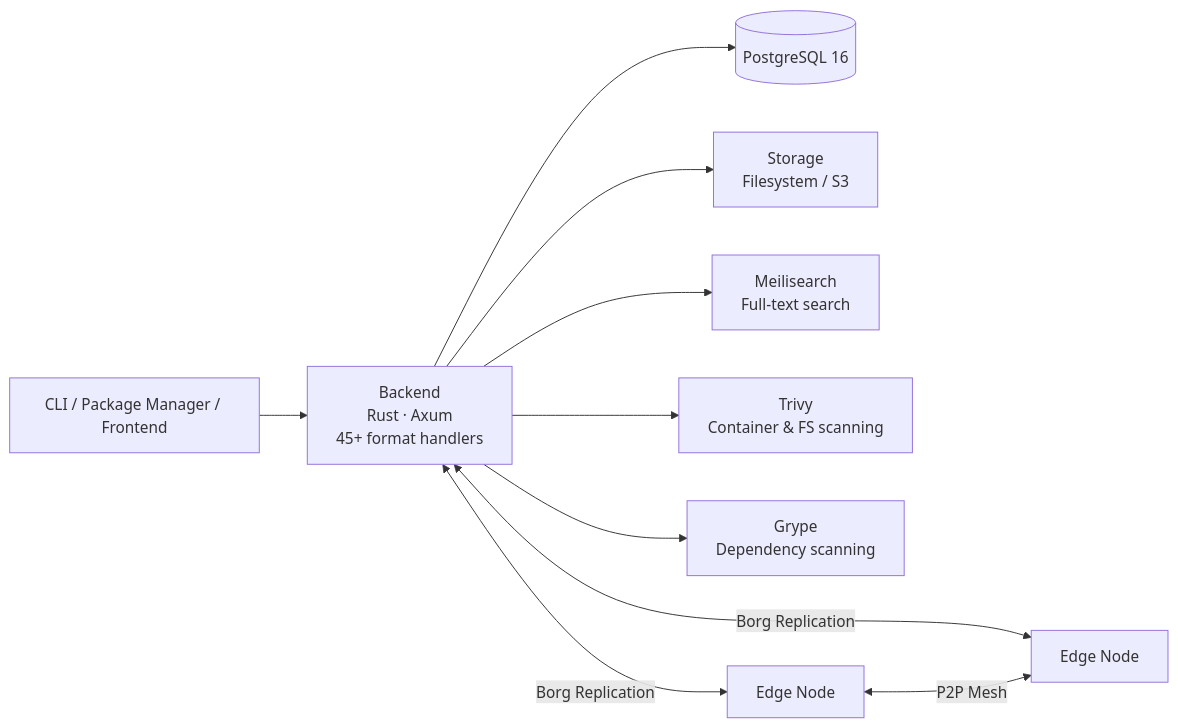
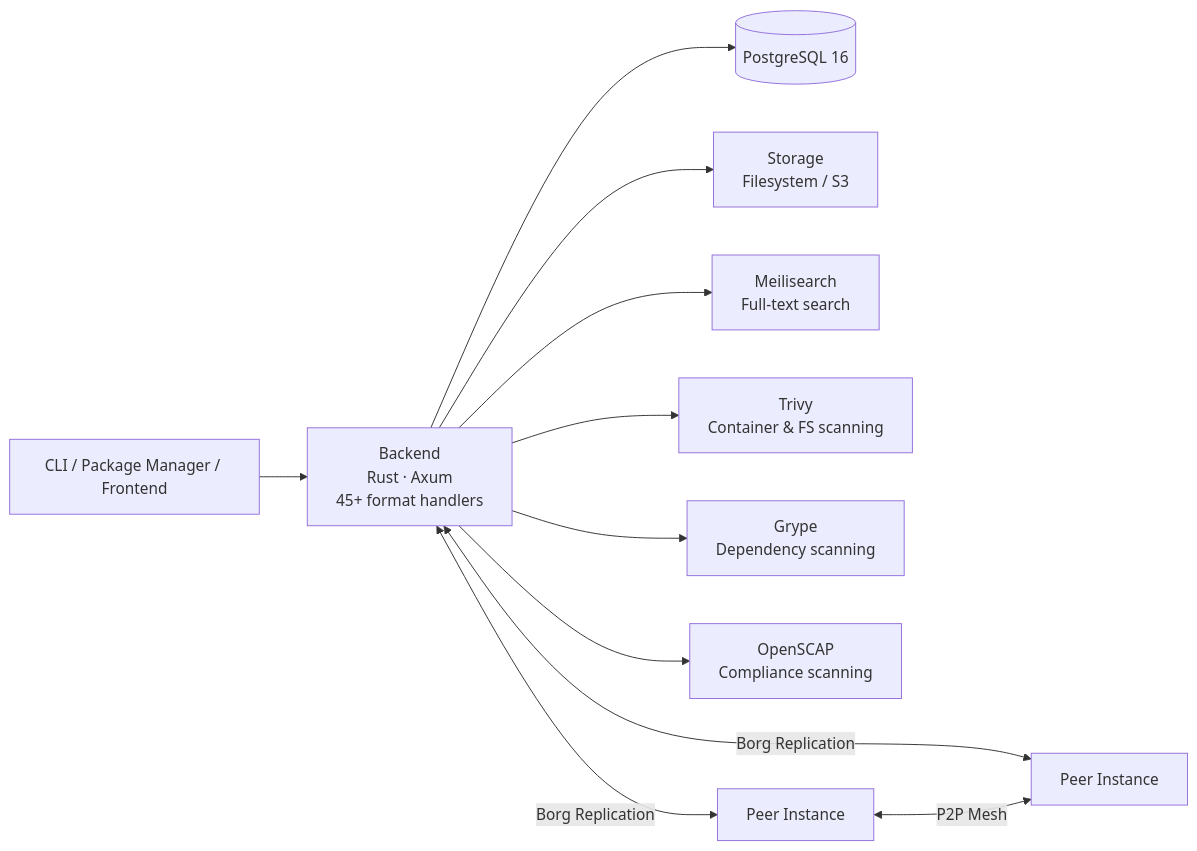
One commit to artifact-keeper/artifact-keeper changed the first of 4 diagrams in README.md. Above: the diagram before and after it, drawn with Mermaid. The commit also changed other lines of this file and 7 other files, not shown here.

First line of the commit message:
docs: Replace edge node terminology with peer replication model

````diff
--- a/README.md
+++ b/README.md
@@ -25,22 +25,24 @@
 ```mermaid
 graph LR
     Client["CLI / Package Manager / Frontend"]
-    Backend["Backend\nRust · Axum\n45+ format handlers"]
+    Backend["Backend<br/>Rust · Axum<br/>45+ format handlers"]
     DB[(PostgreSQL 16)]
-    Storage["Storage\nFilesystem / S3"]
-    Meili["Meilisearch\nFull-text search"]
-    Trivy["Trivy\nContainer & FS scanning"]
-    Grype["Grype\nDependency scanning"]
-    Edge1["Edge Node"]
-    Edge2["Edge Node"]
+    Storage["Storage<br/>Filesystem / S3"]
+    Meili["Meilisearch<br/>Full-text search"]
+    Trivy["Trivy<br/>Container & FS scanning"]
+    Grype["Grype<br/>Dependency scanning"]
+    OpenSCAP["OpenSCAP<br/>Compliance scanning"]
+    Peer1["Peer Instance"]
+    Peer2["Peer Instance"]
 
     Client --> Backend
     Backend --> DB
     Backend --> Storage
     Backend --> Meili
     Backend --> Trivy
     Backend --> Grype
-    Backend <-->|Borg Replication| Edge1
-    Backend <-->|Borg Replication| Edge2
-    Edge1 <-->|P2P Mesh| Edge2
+    Backend --> OpenSCAP
+    Backend <-->|Borg Replication| Peer1
+    Backend <-->|Borg Replication| Peer2
+    Peer1 <-->|P2P Mesh| Peer2
 ```
````
